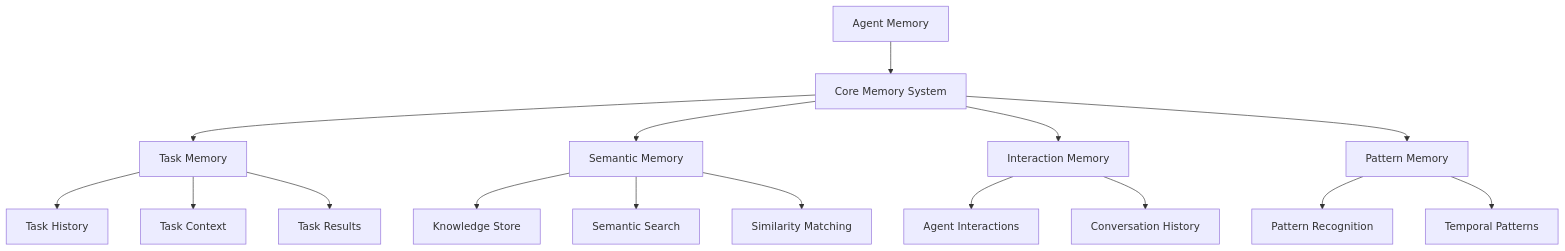
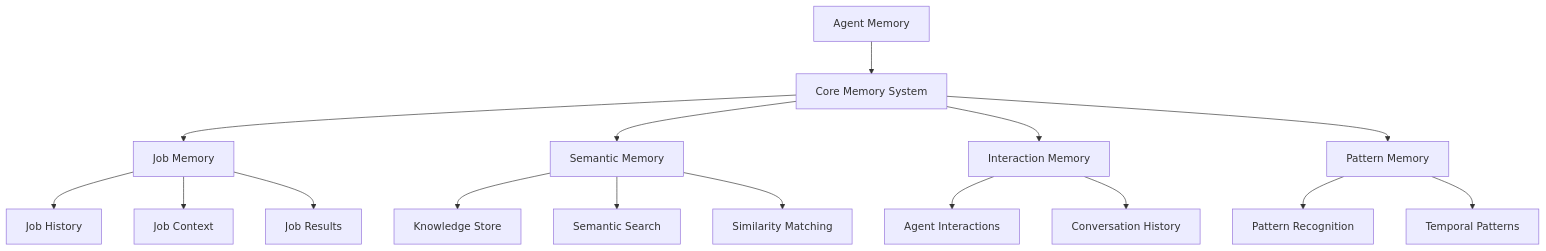
One commit to pilottai/pilottai changed the diagram in docs/core/memory/overview.mdx. Above: the diagram before and after it, drawn with Mermaid. The commit also changed other lines of this file and 69 other files, not shown here.

````diff
--- a/docs/core/memory/overview.mdx
+++ b/docs/core/memory/overview.mdx
@@ -19,22 +19,22 @@
 ```mermaid
 graph TD
     A[Agent Memory] --> B[Core Memory System]
-    B --> C[Task Memory]
+    B --> C[Job Memory]
     B --> D[Semantic Memory]
     B --> E[Interaction Memory]
     B --> F[Pattern Memory]
 
-    C --> G[Task History]
-    C --> H[Task Context]
-    C --> I[Task Results]
+    C --> G[Job History]
+    C --> H[Job Context]
+    C --> I[Job Results]
 
     D --> J[Knowledge Store]
     D --> K[Semantic Search]
     D --> L[Similarity Matching]
 
     E --> M[Agent Interactions]
     E --> N[Conversation History]
 
     F --> O[Pattern Recognition]
     F --> P[Temporal Patterns]
 ```
````
